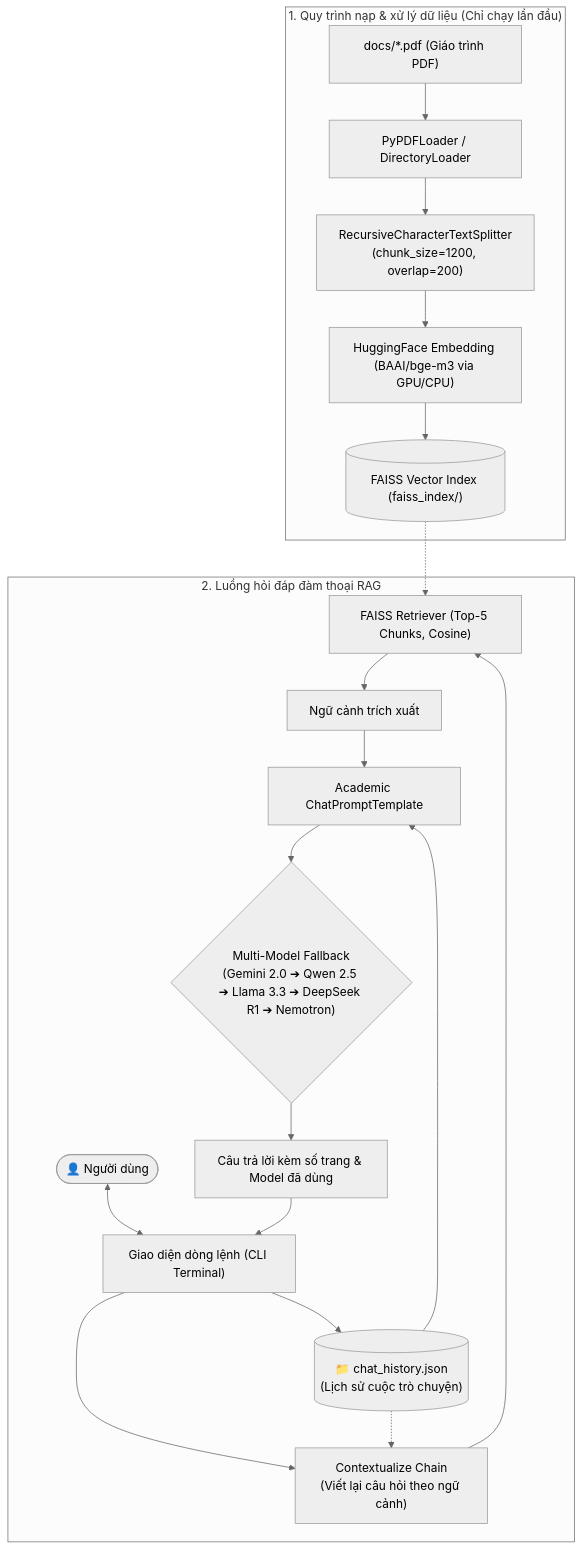
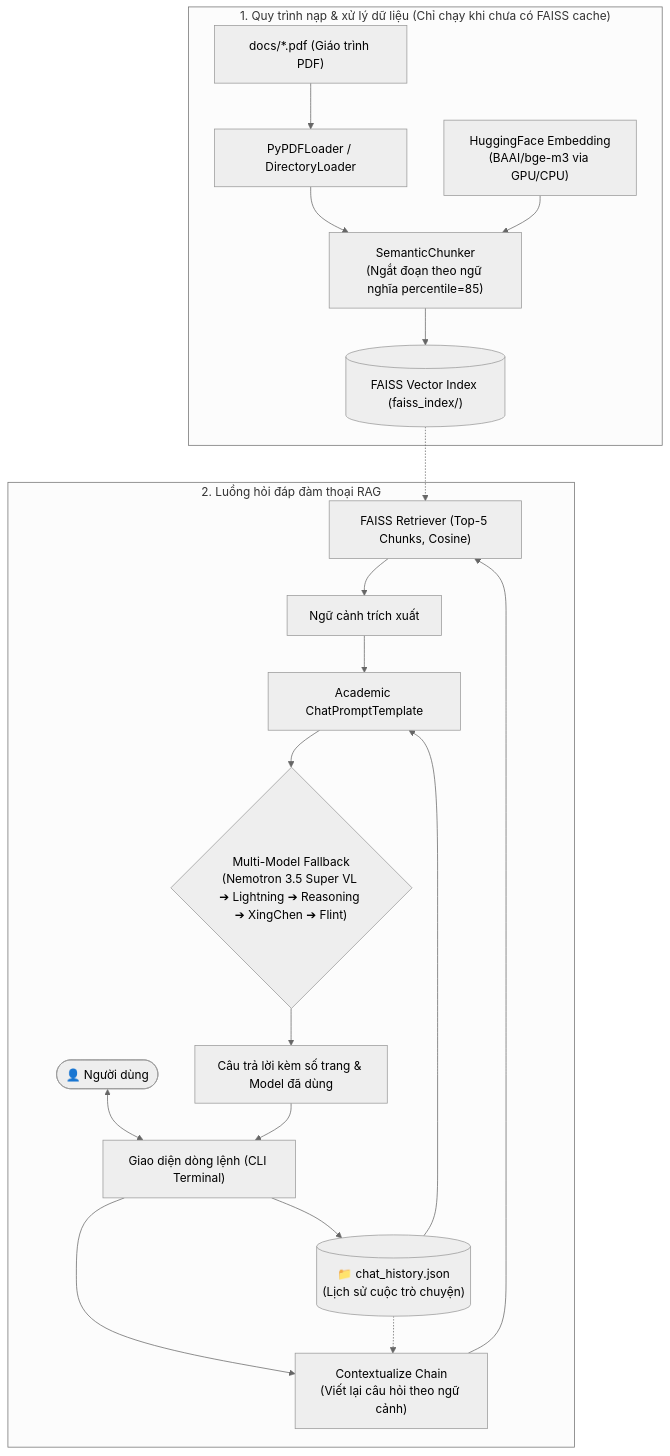
The diagram in README.md (KhaiPhong25/chatbot_rag), drawn with Mermaid (neutral theme) before and after one commit. The commit also changed other lines of this file, not shown here.

Commit message:
docs: update documentation for SemanticChunker and Nemotron-3.5 free fallback models

````diff
--- a/README.md
+++ b/README.md
@@ -32,23 +33,23 @@
 ```mermaid
 flowchart TD
-    subgraph Ingestion ["1. Quy trình nạp & xử lý dữ liệu (Chỉ chạy lần đầu)"]
+    subgraph Ingestion ["1. Quy trình nạp & xử lý dữ liệu (Chỉ chạy khi chưa có FAISS cache)"]
         PDF["docs/*.pdf (Giáo trình PDF)"] --> Loader["PyPDFLoader / DirectoryLoader"]
-        Loader --> Splitter["RecursiveCharacterTextSplitter\n(chunk_size=1200, overlap=200)"]
-        Splitter --> Embed["HuggingFace Embedding (BAAI/bge-m3 via GPU/CPU)"]
-        Embed --> Index[("FAISS Vector Index (faiss_index/)")]
+        EmbedInit["HuggingFace Embedding\n(BAAI/bge-m3 via GPU/CPU)"]
+        Loader & EmbedInit --> Splitter["SemanticChunker\n(Ngắt đoạn theo ngữ nghĩa percentile=85)"]
+        Splitter --> Index[("FAISS Vector Index (faiss_index/)")]
     end
 
     subgraph Chatbot ["2. Luồng hỏi đáp đàm thoại RAG"]
         User(["👤 Người dùng"]) <--> CLI["Giao diện dòng lệnh (CLI Terminal)"]
         CLI --> History[("📁 chat_history.json\n(Lịch sử cuộc trò chuyện)")]
         CLI --> ContextChain["Contextualize Chain\n(Viết lại câu hỏi theo ngữ cảnh)"]
         History -.-> ContextChain
         ContextChain --> Retriever["FAISS Retriever (Top-5 Chunks, Cosine)"]
         Index -.-> Retriever
         Retriever --> Context["Ngữ cảnh trích xuất"]
         Context & History --> Prompt["Academic ChatPromptTemplate"]
-        Prompt --> LLM{"Multi-Model Fallback\n(Gemini 2.0 ➔ Qwen 2.5 ➔ Llama 3.3 ➔ DeepSeek R1 ➔ Nemotron)"}
+        Prompt --> LLM{"Multi-Model Fallback\n(Nemotron 3.5 Super VL ➔ Lightning ➔ Reasoning ➔ XingChen ➔ Flint)"}
         LLM --> Output["Câu trả lời kèm số trang & Model đã dùng"]
         Output --> CLI
     end
 ```
````
